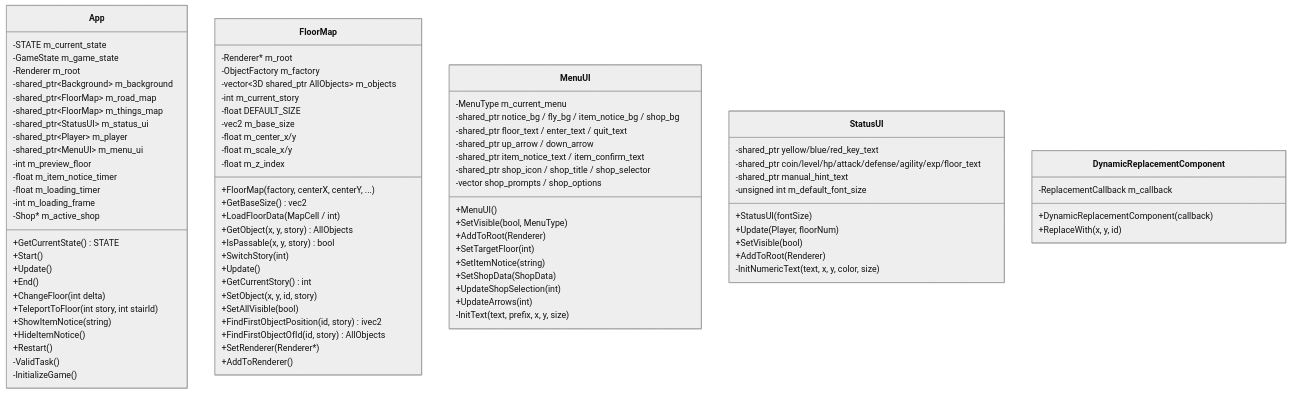
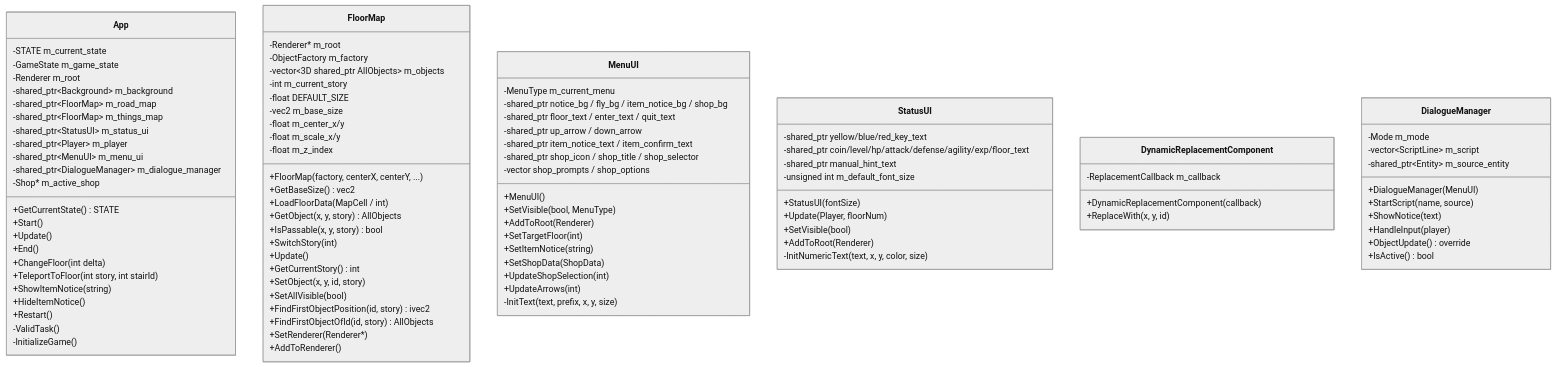
The second of 4 diagrams in Constructure.md (XWJWPIY/schoolwork_recreate_magic_tower), drawn with Mermaid (neutral theme) before and after one commit. The commit also changed other lines of this file, not shown here.

````diff
--- a/Constructure.md
+++ b/Constructure.md
@@ -201,10 +198,7 @@
         -shared_ptr~StatusUI~ m_status_ui
         -shared_ptr~Player~ m_player
         -shared_ptr~MenuUI~ m_menu_ui
-        -int m_preview_floor
-        -float m_item_notice_timer
-        -float m_loading_timer
-        -int m_loading_frame
+        -shared_ptr~DialogueManager~ m_dialogue_manager
         -Shop* m_active_shop
         +GetCurrentState() STATE
         +Start()
@@ -281,4 +275,16 @@
         +DynamicReplacementComponent(callback)
         +ReplaceWith(x, y, id)
     }
+
+    class DialogueManager {
+        -Mode m_mode
+        -vector~ScriptLine~ m_script
+        -shared_ptr~Entity~ m_source_entity
+        +DialogueManager(MenuUI)
+        +StartScript(name, source)
+        +ShowNotice(text)
+        +HandleInput(player)
+        +ObjectUpdate() override
+        +IsActive() bool
+    }
 ```
````
